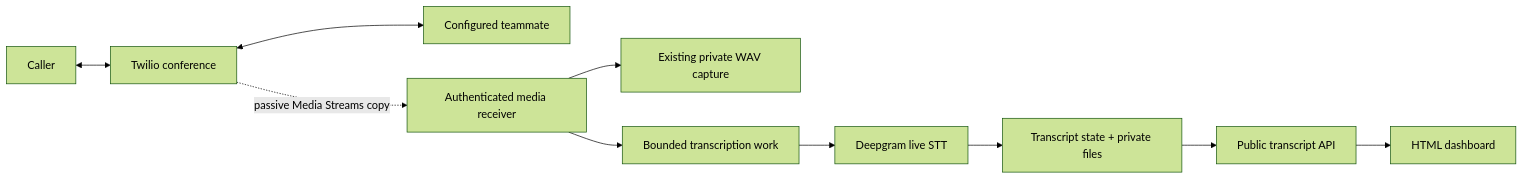
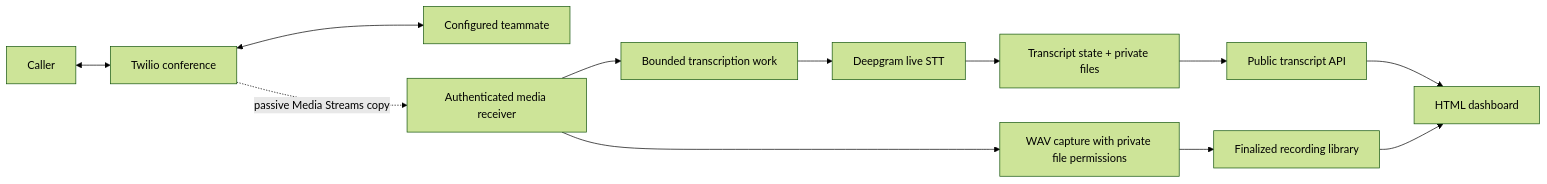
One commit to jimmmmmmmmmmmy/Phoney changed the diagram in docs/BUILD_3.md. Above: the diagram before and after it, drawn with Mermaid (forest theme). The commit also changed other lines of this file and 14 other files, not shown here.

````diff
--- a/docs/BUILD_3.md
+++ b/docs/BUILD_3.md
@@ -29,12 +33,14 @@
 ```mermaid
 flowchart LR
     C[Caller] <--> T[Twilio conference]
     T <--> O[Configured teammate]
     T -. passive Media Streams copy .-> M[Authenticated media receiver]
-    M --> R[Existing private WAV capture]
+    M --> R[WAV capture with private file permissions]
     M --> Q[Bounded transcription work]
     Q --> D[Deepgram live STT]
     D --> S[Transcript state + private files]
     S --> A[Public transcript API]
     A --> H[HTML dashboard]
+    R --> F[Finalized recording library]
+    F --> H
 ```
````
